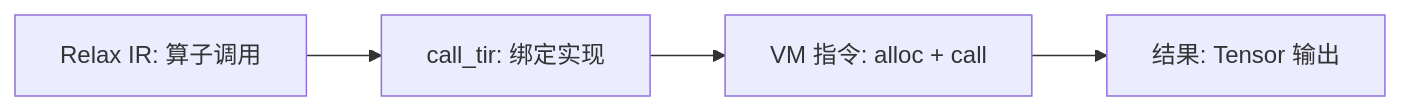
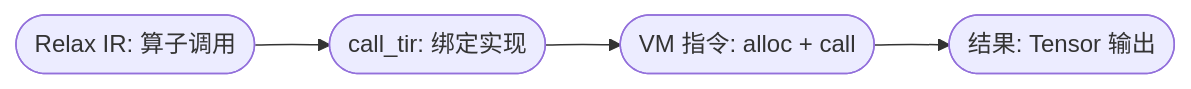
The second of 2 diagrams in src/content/posts/tvm-compilation-pipeline.md (LudovicoYIN/blog), drawn with Mermaid before and after one commit.

Commit message:
fix: try rounded node syntax for mermaid sequence diagram

````diff
--- a/src/content/posts/tvm-compilation-pipeline.md
+++ b/src/content/posts/tvm-compilation-pipeline.md
@@ -185,6 +185,6 @@
 ```mermaid
 flowchart LR
-    A[Relax IR: 算子调用] --> B[call_tir: 绑定实现]
-    B --> C[VM 指令: alloc + call]
-    C --> D[结果: Tensor 输出]
+    A(["Relax IR: 算子调用"]) --> B(["call_tir: 绑定实现"])
+    B --> C(["VM 指令: alloc + call"])
+    C --> D(["结果: Tensor 输出"])
 ```
````
